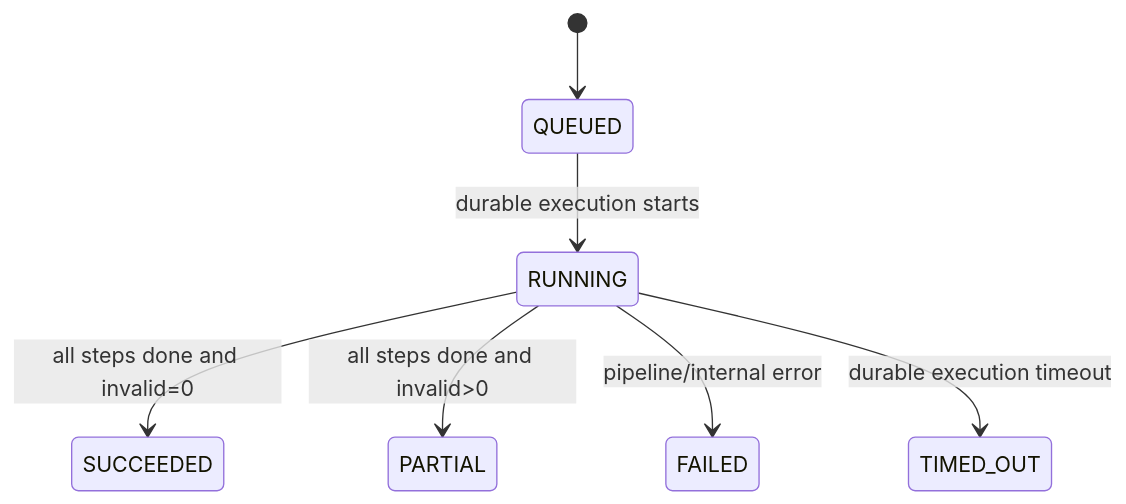
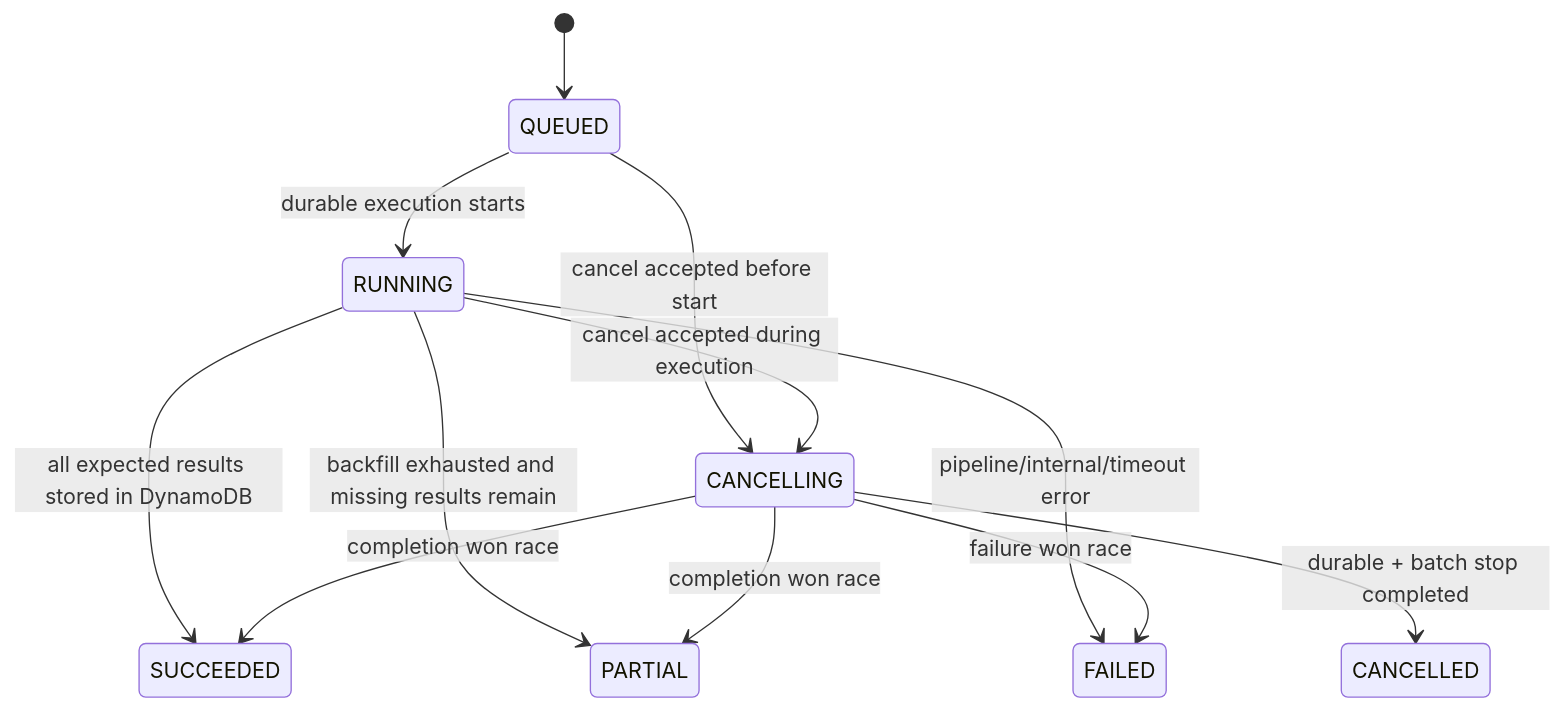
One commit to tsuji-tomonori/ReflectBench changed the second of 2 diagrams in docs/3.詳細設計(DD)/03.インフラ(INF)/21.デプロイ実装(DEP)/DD-INF-DEP-001.md. Above: the diagram before and after it, drawn with Mermaid. The commit also changed other lines of this file and 33 other files, not shown here.

````diff
--- a/docs/3.詳細設計(DD)/03.インフラ(INF)/21.デプロイ実装(DEP)/DD-INF-DEP-001.md
+++ b/docs/3.詳細設計(DD)/03.インフラ(INF)/21.デプロイ実装(DEP)/DD-INF-DEP-001.md
@@ -122,9 +158,14 @@
 ```mermaid
 stateDiagram-v2
   [*] --> QUEUED
   QUEUED --> RUNNING: durable execution starts
-  RUNNING --> SUCCEEDED: all steps done and invalid=0
-  RUNNING --> PARTIAL: all steps done and invalid>0
-  RUNNING --> FAILED: pipeline/internal error
-  RUNNING --> TIMED_OUT: durable execution timeout
+  RUNNING --> SUCCEEDED: all expected results stored in DynamoDB
+  RUNNING --> PARTIAL: backfill exhausted and missing results remain
+  RUNNING --> FAILED: pipeline/internal/timeout error
+  QUEUED --> CANCELLING: cancel accepted before start
+  RUNNING --> CANCELLING: cancel accepted during execution
+  CANCELLING --> CANCELLED: durable + batch stop completed
+  CANCELLING --> SUCCEEDED: completion won race
+  CANCELLING --> PARTIAL: completion won race
+  CANCELLING --> FAILED: failure won race
 ```
````
